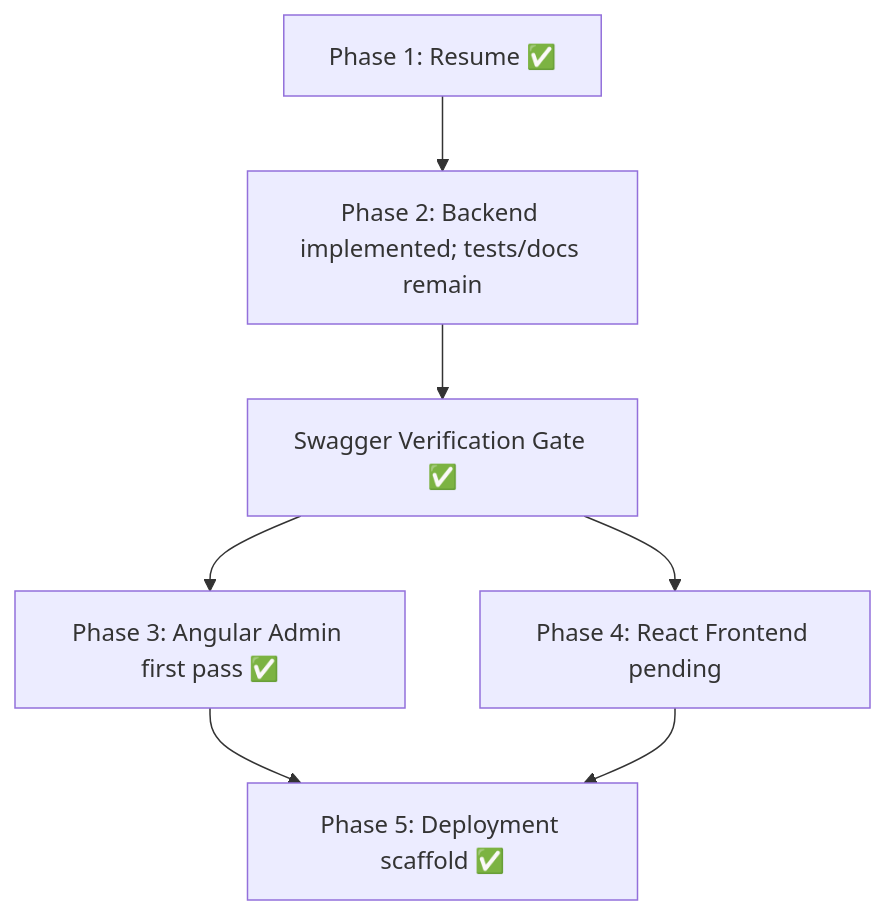
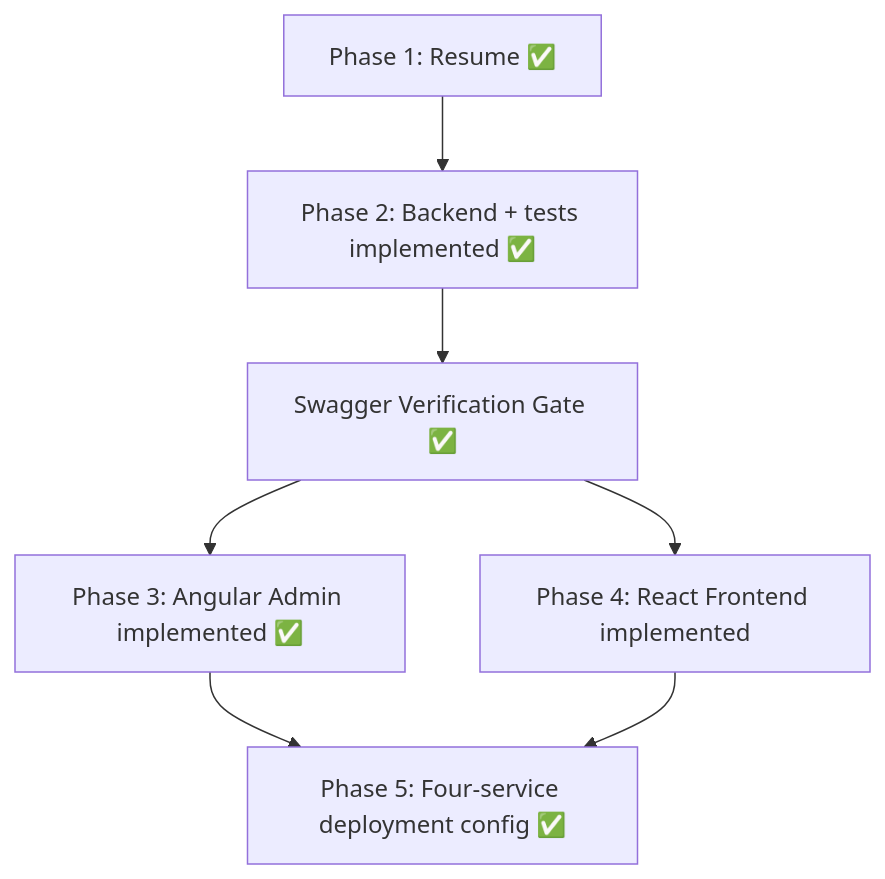
One commit to essalah/whoiam changed the diagram in .architect/implementation_plan.md. Above: the diagram before and after it, drawn with Mermaid. The commit also changed other lines of this file and 67 other files, not shown here.

First line of the commit message:
feat: initialize frontend with React Router and Vite setup

````diff
--- a/.architect/implementation_plan.md
+++ b/.architect/implementation_plan.md
@@ -256,9 +255,9 @@
 ```mermaid
 graph TD
-    A["Phase 1: Resume ✅"] --> B["Phase 2: Backend implemented; tests/docs remain"]
+    A["Phase 1: Resume ✅"] --> B["Phase 2: Backend + tests implemented ✅"]
     B --> C["Swagger Verification Gate ✅"]
-    C --> D["Phase 3: Angular Admin first pass ✅"]
-    C --> E["Phase 4: React Frontend pending"]
-    D --> F["Phase 5: Deployment scaffold ✅"]
+    C --> D["Phase 3: Angular Admin implemented ✅"]
+    C --> E["Phase 4: React Frontend implemented"]
+    D --> F["Phase 5: Four-service deployment config ✅"]
     E --> F
 ```
````
